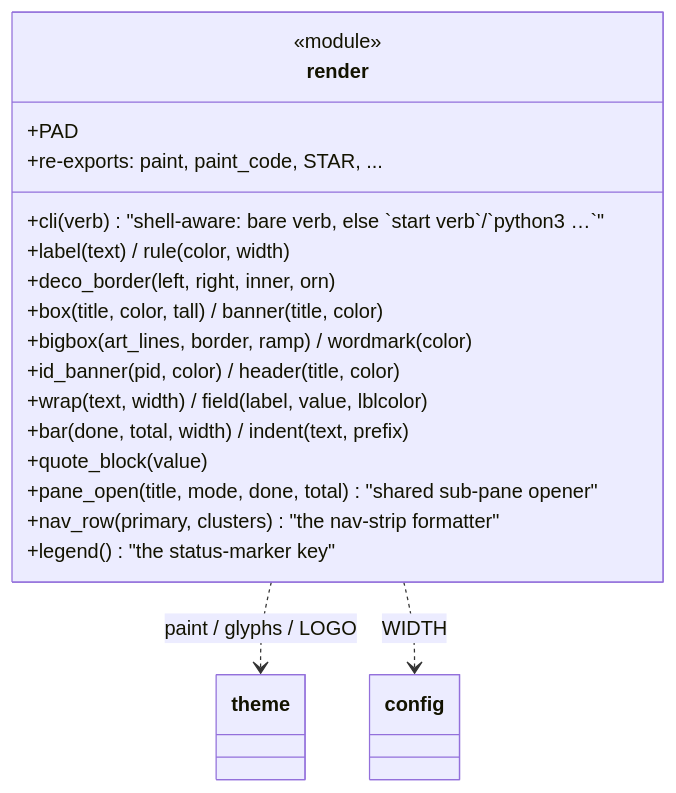
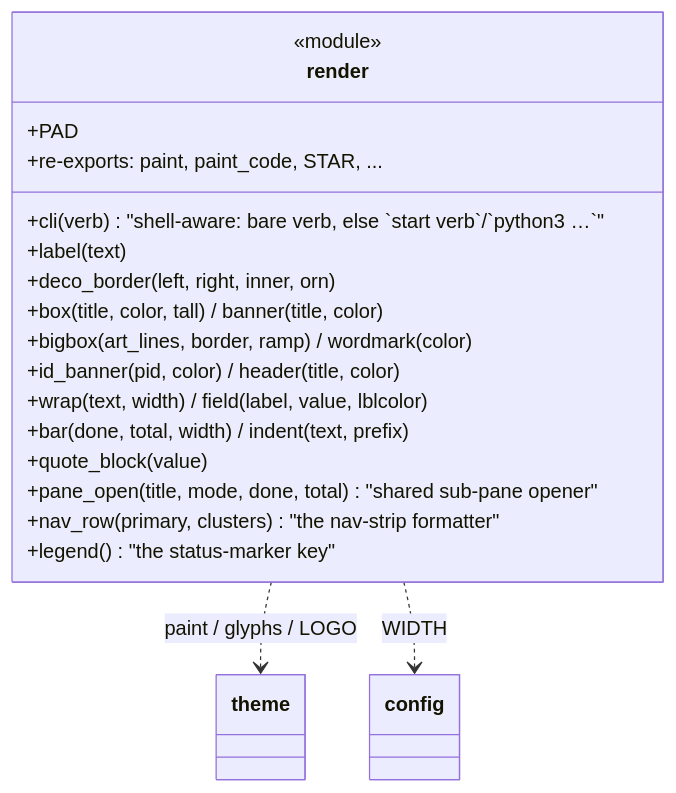
The third of 4 diagrams in docs/diagrams/visuals.md (N041M/PyQuest), drawn with Mermaid before and after one commit. The commit also changed 16 other files, not shown here.

````diff
--- a/docs/diagrams/visuals.md
+++ b/docs/diagrams/visuals.md
@@ -51,22 +51,22 @@
 ```mermaid
 classDiagram
     class render {
         <<module>>
         +PAD
         +cli(verb)  "shell-aware: bare verb, else `start verb`/`python3 …`"
-        +label(text) / rule(color, width)
+        +label(text)
         +deco_border(left, right, inner, orn)
         +box(title, color, tall) / banner(title, color)
         +bigbox(art_lines, border, ramp) / wordmark(color)
         +id_banner(pid, color) / header(title, color)
         +wrap(text, width) / field(label, value, lblcolor)
         +bar(done, total, width) / indent(text, prefix)
         +quote_block(value)
         +pane_open(title, mode, done, total)  "shared sub-pane opener"
         +nav_row(primary, clusters)  "the nav-strip formatter"
         +legend()  "the status-marker key"
         +re-exports: paint, paint_code, STAR, ...
     }
     render ..> theme : paint / glyphs / LOGO
     render ..> config : WIDTH
 ```
````
